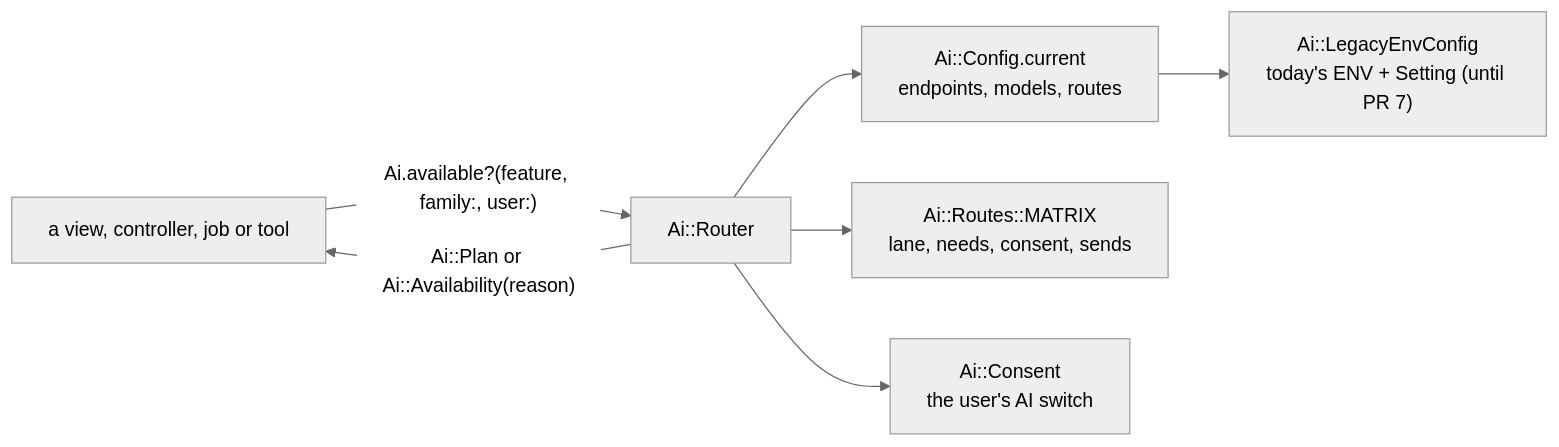
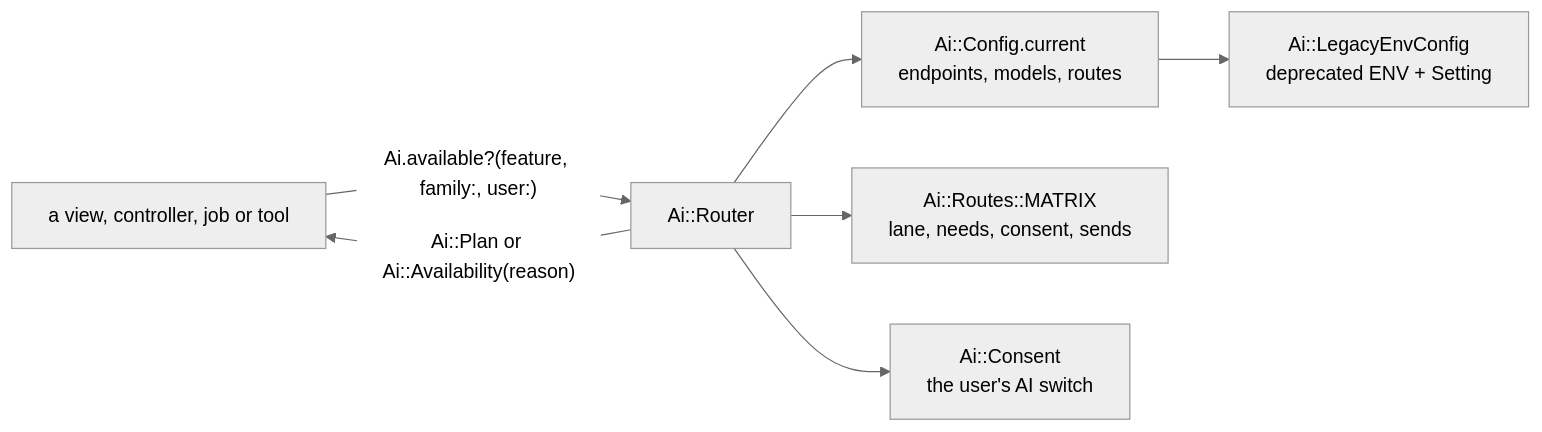
Before and after one commit to we-promise/sure: the second of 3 diagrams in docs/llm-guides/ai-pipeline.md, drawn with Mermaid (neutral theme). The commit also changed other lines of this file and 6 other files, not shown here.

````diff
--- a/docs/llm-guides/ai-pipeline.md
+++ b/docs/llm-guides/ai-pipeline.md
@@ -69,9 +69,9 @@
 ```mermaid
 flowchart LR
   Caller["a view, controller, job or tool"] -->|"Ai.available?(feature, family:, user:)"| R["Ai::Router"]
   R --> C["Ai::Config.current<br/>endpoints, models, routes"]
-  C --> L["Ai::LegacyEnvConfig<br/>today's ENV + Setting (until PR 7)"]
+  C --> L["Ai::LegacyEnvConfig<br/>deprecated ENV + Setting"]
   R --> M["Ai::Routes::MATRIX<br/>lane, needs, consent, sends"]
   R --> K["Ai::Consent<br/>the user's AI switch"]
   R -->|"Ai::Plan or Ai::Availability(reason)"| Caller
 ```
````
